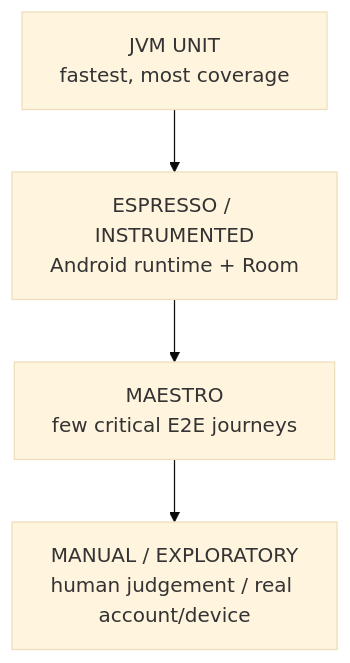
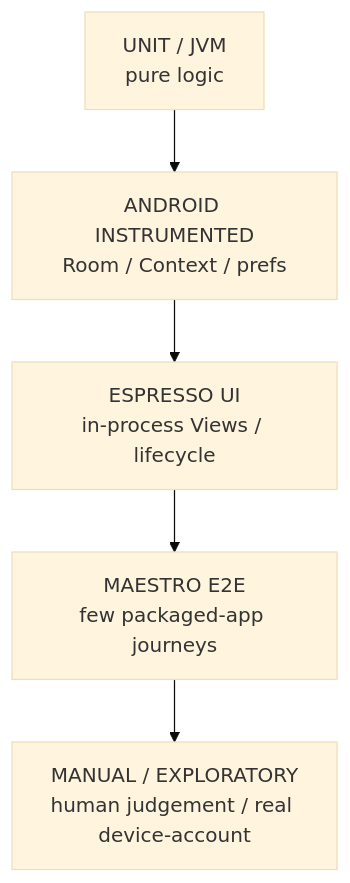
The third of 3 diagrams in docs/architecture.md (si13n/si13-android), drawn with Mermaid (base theme) before and after one commit. The commit also changed other lines of this file and 6 other files, not shown here.

````diff
--- a/docs/architecture.md
+++ b/docs/architecture.md
@@ -69,6 +76,7 @@
 ```mermaid
 flowchart TD
-    U["JVM UNIT<br/>fastest, most coverage"] --> E["ESPRESSO / INSTRUMENTED<br/>Android runtime + Room"]
-    E --> M["MAESTRO<br/>few critical E2E journeys"]
-    M --> X["MANUAL / EXPLORATORY<br/>human judgement / real account/device"]
+    U["UNIT / JVM<br/>pure logic"] --> I["ANDROID INSTRUMENTED<br/>Room / Context / prefs"]
+    I --> E["ESPRESSO UI<br/>in-process Views / lifecycle"]
+    E --> M["MAESTRO E2E<br/>few packaged-app journeys"]
+    M --> X["MANUAL / EXPLORATORY<br/>human judgement / real device-account"]
 ```
````
